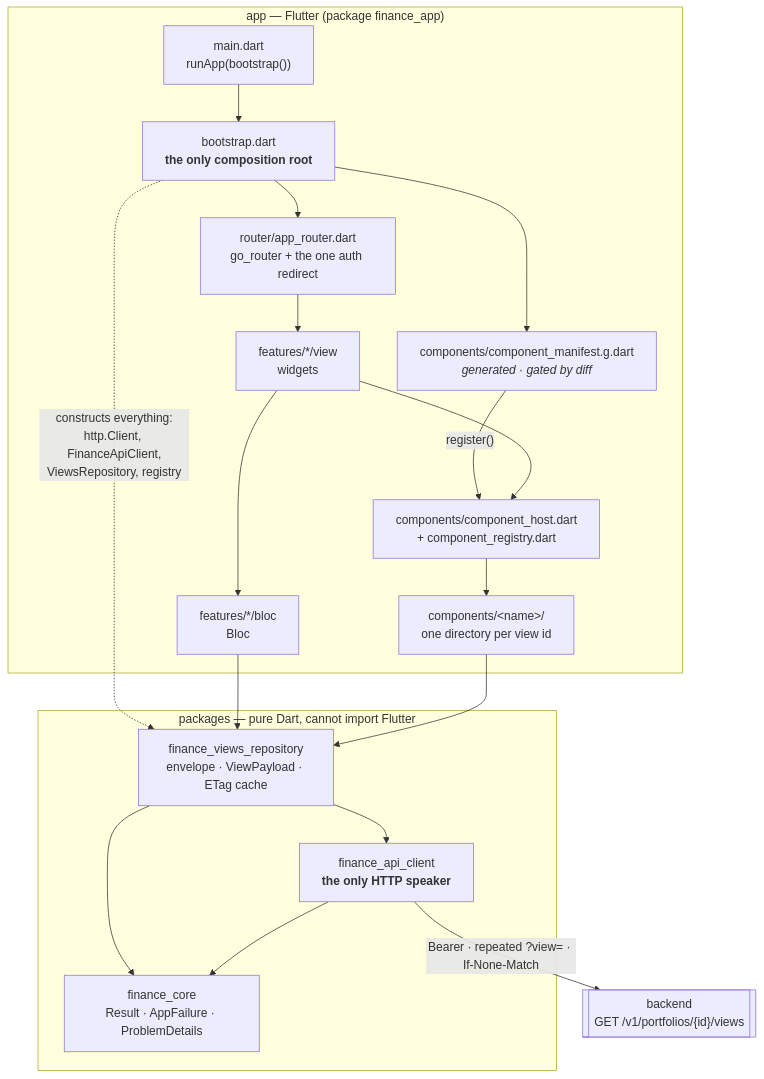
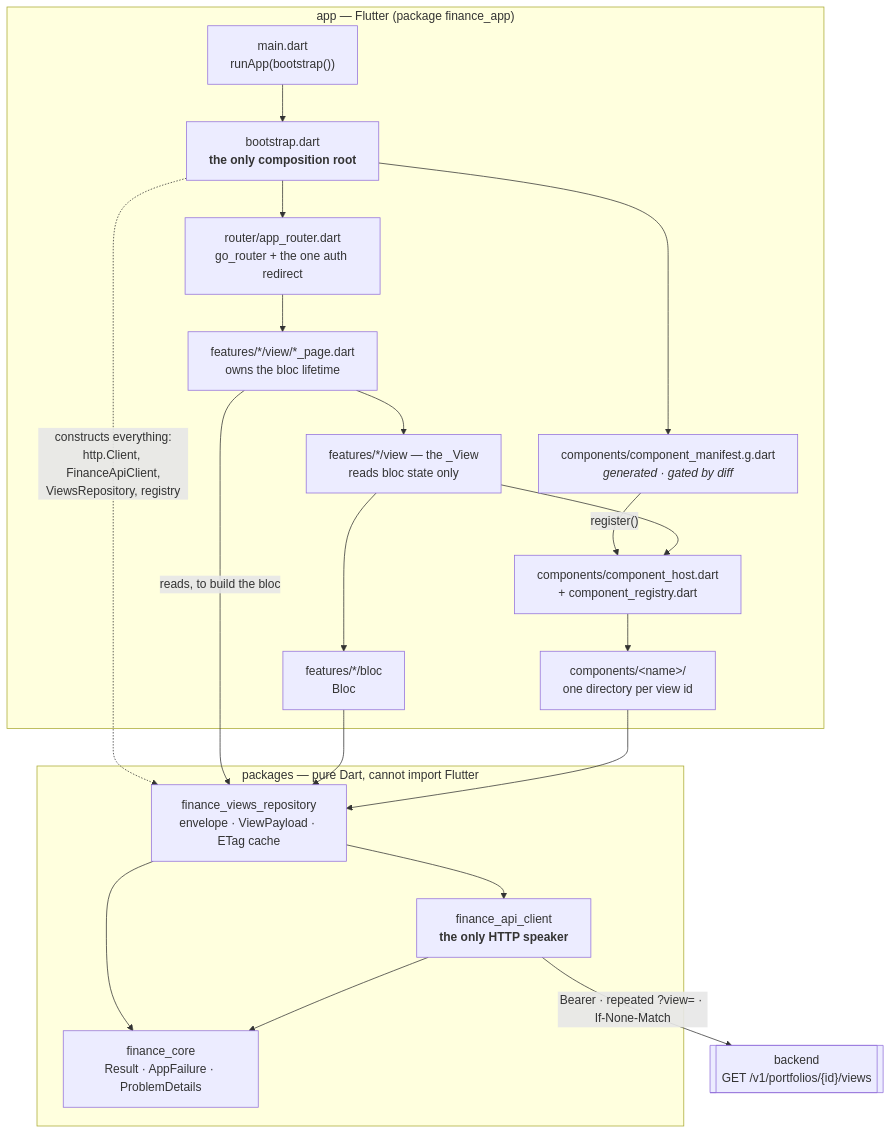
Before and after one commit to somnio-projects/finance-google-a2ui: the diagram in docs/diagrams/12-frontend-layers.md, drawn with Mermaid. The commit also changed other lines of this file and 28 other files, not shown here.

````diff
--- a/docs/diagrams/12-frontend-layers.md
+++ b/docs/diagrams/12-frontend-layers.md
@@ -10,45 +10,49 @@
 ```mermaid
 graph TD
   subgraph app["app — Flutter (package finance_app)"]
     main["main.dart<br/>runApp(bootstrap())"]
     boot["bootstrap.dart<br/><b>the only composition root</b>"]
     router["router/app_router.dart<br/>go_router + the one auth redirect"]
-    view["features/*/view<br/>widgets"]
+    page["features/*/view/*_page.dart<br/>owns the bloc lifetime"]
+    view["features/*/view — the _View<br/>reads bloc state only"]
     bloc["features/*/bloc<br/>Bloc"]
     host["components/component_host.dart<br/>+ component_registry.dart"]
     comp["components/&lt;name&gt;/<br/>one directory per view id"]
     manifest["components/component_manifest.g.dart<br/><i>generated · gated by diff</i>"]
   end
 
   subgraph pure["packages — pure Dart, cannot import Flutter"]
     repo["finance_views_repository<br/>envelope · ViewPayload · ETag cache"]
     api["finance_api_client<br/><b>the only HTTP speaker</b>"]
     core["finance_core<br/>Result · AppFailure · ProblemDetails"]
   end
 
   backend[["backend<br/>GET /v1/portfolios/{id}/views"]]
 
   main --> boot
   boot --> router
   boot -.->|"constructs everything:<br/>http.Client, FinanceApiClient,<br/>ViewsRepository, registry"| repo
   boot --> manifest
   manifest -->|"register()"| host
-  router --> view
+  router --> page
+  page --> view
+  page -->|"reads, to build the bloc"| repo
   view --> bloc
   view --> host
   host --> comp
   bloc --> repo
   repo --> api
   api -->|"Bearer · repeated ?view= · If-None-Match"| backend
   repo --> core
   api --> core
   comp --> repo
 
   %% Everything below this line is checked by layering_test.dart, not by review.
   %% FORBIDDEN, each with its own test:
   %%   bloc  -> api      (a bloc may not know HTTP exists)
+  %%   view  -> repo     (only a *_page.dart may; the _View may not)
   %%   comp  -> features (a component that needs a bloc is a feature)
   %%   pure/ -> flutter  (also a compile error — that is the point of the workspace)
   %%   anything but boot constructing http.Client / FinanceApiClient / ViewsRepository
   %%   NumberFormat · intl · dart:math · toStringAsFixed · double.parse · DateTime.now()
 ```
````
